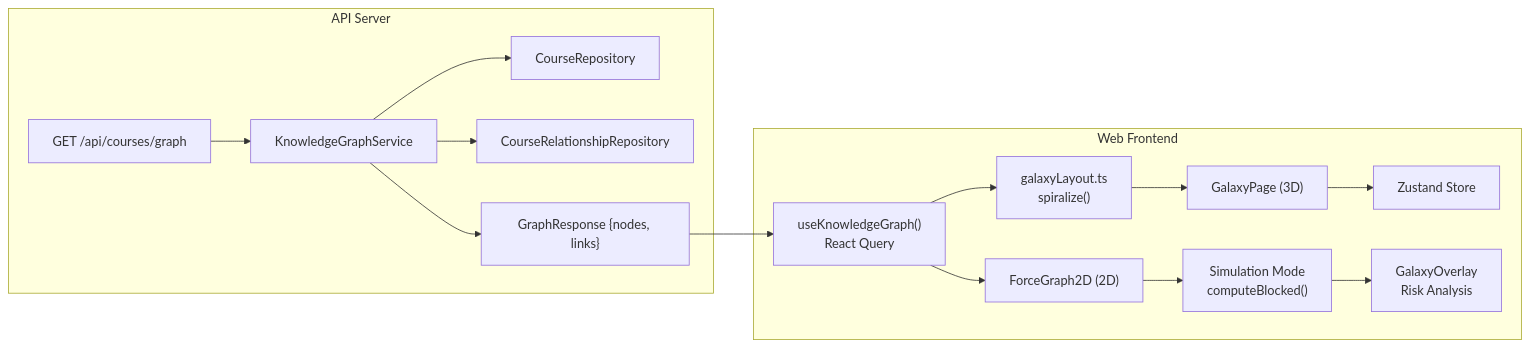
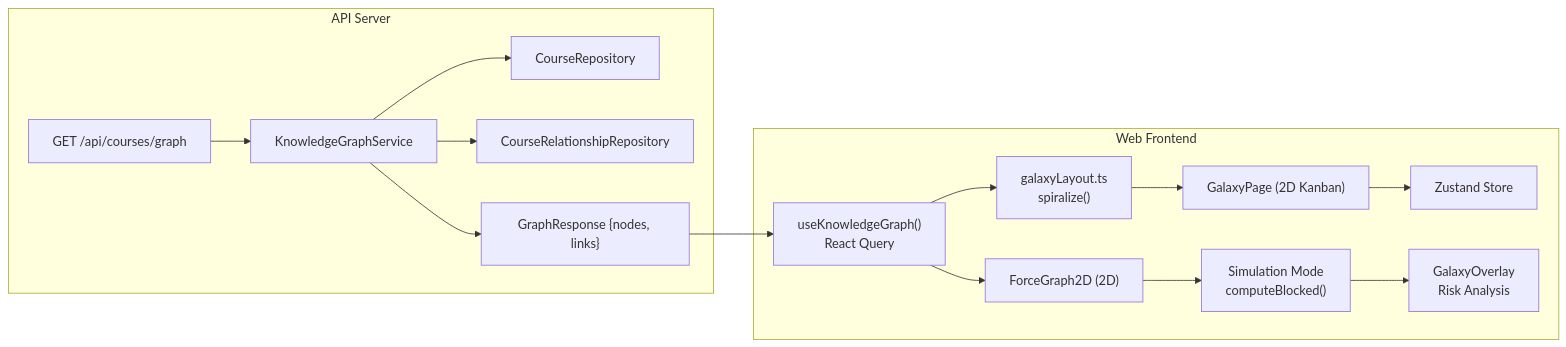
Before and after one commit to huyhoang171106/DevOrbit: the ninth of 9 diagrams in docs/ARCHITECTURE.md, drawn with Mermaid. The commit also changed other lines of this file and 3743 other files, not shown here.

````diff
--- a/docs/ARCHITECTURE.md
+++ b/docs/ARCHITECTURE.md
@@ -469,20 +511,20 @@
 ```mermaid
 flowchart LR
   subgraph "API Server"
     pq["GET /api/courses/graph"] --> kgs[KnowledgeGraphService]
     kgs --> cr[CourseRepository]
     kgs --> crr[CourseRelationshipRepository]
     kgs --> resp["GraphResponse {nodes, links}"]
   end
 
   subgraph "Web Frontend"
     hook["useKnowledgeGraph()\nReact Query"] --> fg2d["ForceGraph2D (2D)"]
     hook --> gl["galaxyLayout.ts\nspiralize()"]
-    gl --> gal["GalaxyPage (3D)"]
+    gl --> gal["GalaxyPage (2D Kanban)"]
     fg2d --> sim["Simulation Mode\ncomputeBlocked()"]
     gal --> ss[Zustand Store]
     sim --> ov["GalaxyOverlay\nRisk Analysis"]
   end
 
   resp --> hook
 ```
````
